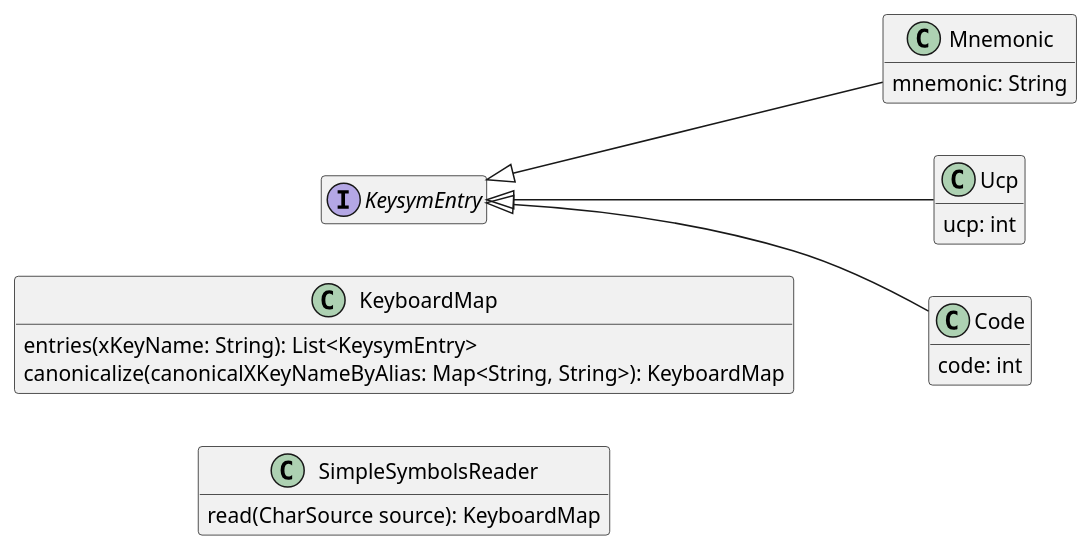
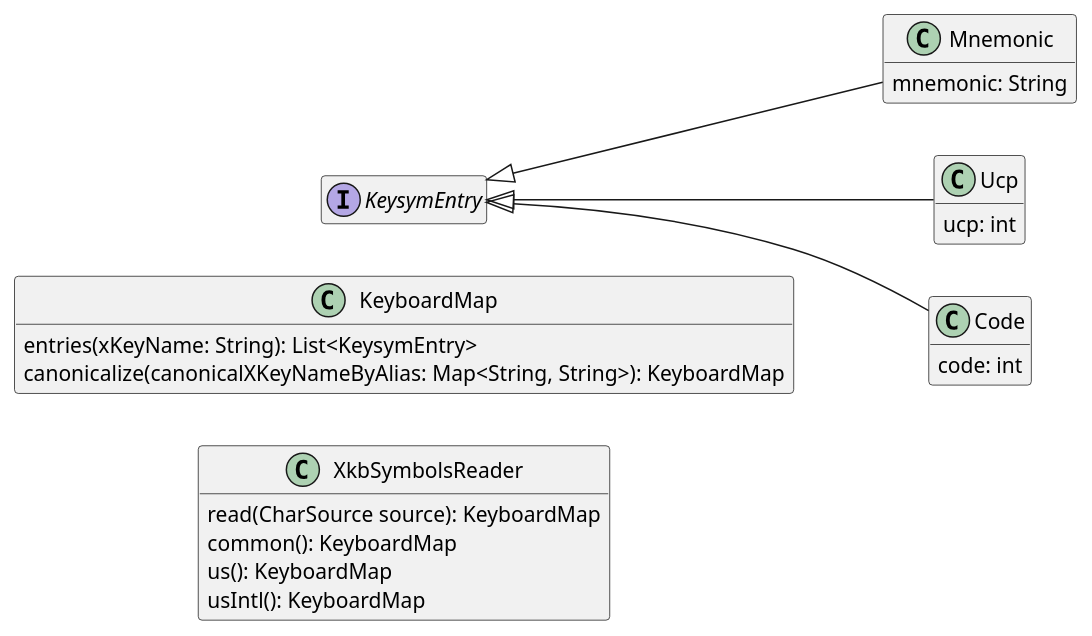
Before and after one commit to oliviercailloux/Keyboardd: the diagram in Mapping.wsd, drawn with PlantUML. The commit also changed 4 other files, not shown here.

```diff
--- a/Mapping.wsd
+++ b/Mapping.wsd
@@ -1,32 +1,35 @@
 @startuml Mapping
 hide empty members
 left to right direction
 
 interface "KeysymEntry" {}
 class "Mnemonic" {
   mnemonic: String
 }
 class "Ucp" {
   ucp: int
 }
 class "Code" {
   code: int
 }
 
 "KeysymEntry" <|-- "Mnemonic"
 "KeysymEntry" <|-- "Ucp"
 "KeysymEntry" <|-- "Code"
 
 class "KeyboardMap" {
   entries(xKeyName: String): List<KeysymEntry>
   canonicalize(canonicalXKeyNameByAlias: Map<String, String>): KeyboardMap
 }
 
-class "SimpleSymbolsReader" {
+class "XkbSymbolsReader" {
   read(CharSource source): KeyboardMap
+  common(): KeyboardMap
+  us(): KeyboardMap
+  usIntl(): KeyboardMap
 }
 
 KeysymEntry -[hidden]> KeyboardMap
-KeyboardMap -[hidden]> SimpleSymbolsReader
+KeyboardMap -[hidden]> XkbSymbolsReader
 
 @enduml
```
